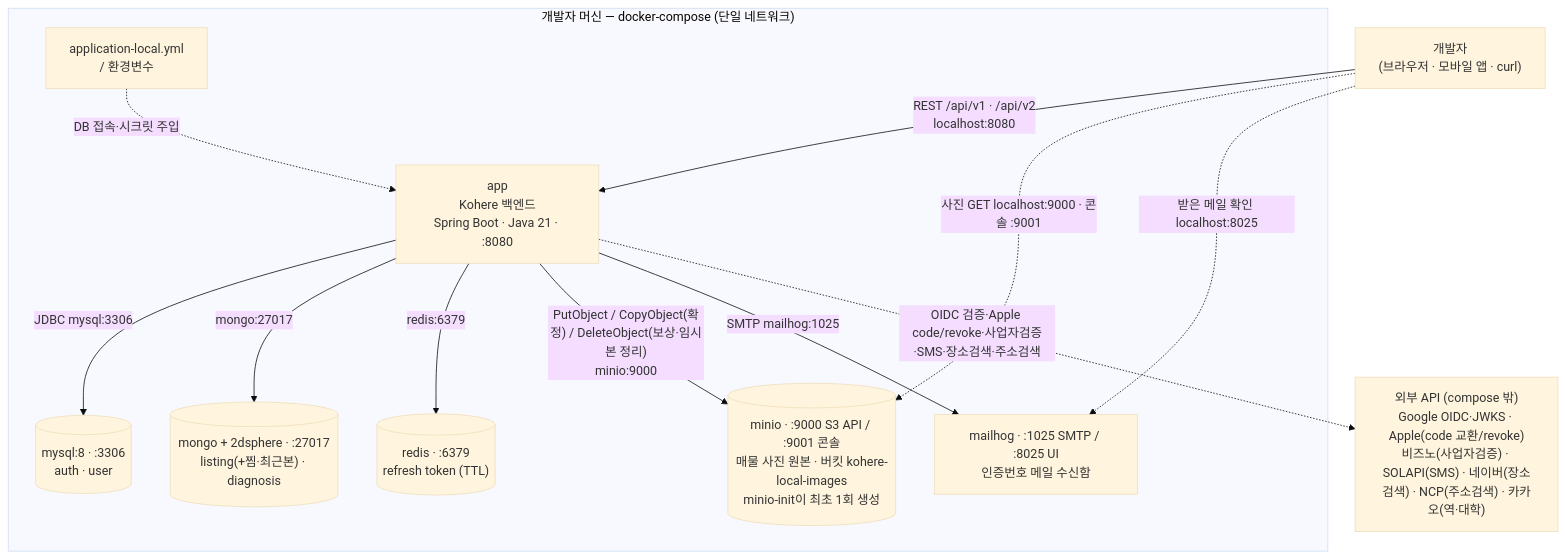
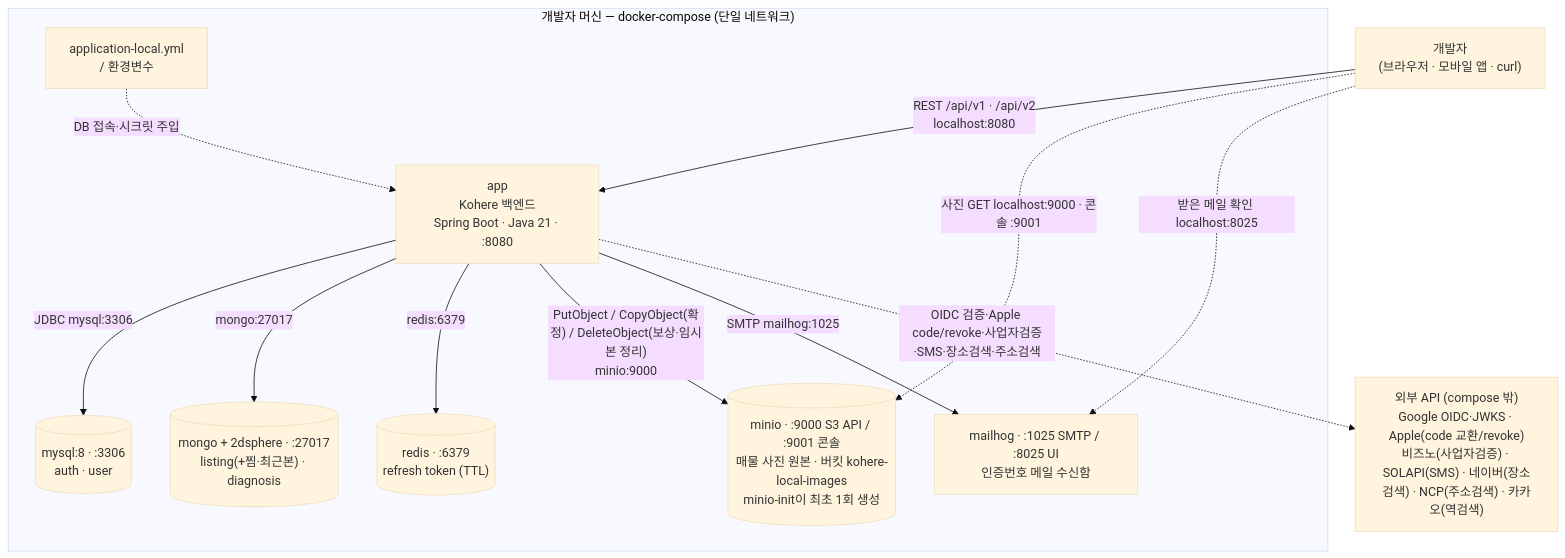
The third of 5 diagrams in docs/architecture/system-overview.md (jameskim9509/Kohere-backend), drawn with Mermaid (base theme) before and after one commit. The commit also changed other lines of this file and 24 other files, not shown here.

````diff
--- a/docs/architecture/system-overview.md
+++ b/docs/architecture/system-overview.md
@@ -157,27 +157,27 @@
 ```mermaid
 flowchart TB
     DEV["개발자<br/>(브라우저 · 모바일 앱 · curl)"]
 
     subgraph Host["개발자 머신 — docker-compose (단일 네트워크)"]
       APP["app<br/>Kohere 백엔드<br/>Spring Boot · Java 21 · :8080"]
       CFG["application-local.yml<br/>/ 환경변수"]
       MYSQL[("mysql:8 · :3306<br/>auth · user")]
       MONGO[("mongo + 2dsphere · :27017<br/>listing(+찜·최근본) · diagnosis")]
       REDIS[("redis · :6379<br/>refresh token (TTL)")]
       MINIO[("minio · :9000 S3 API / :9001 콘솔<br/>매물 사진 원본 · 버킷 kohere-local-images<br/>minio-init이 최초 1회 생성")]
       MAILHOG["mailhog · :1025 SMTP / :8025 UI<br/>인증번호 메일 수신함"]
     end
 
-    EXT["외부 API (compose 밖)<br/>Google OIDC·JWKS · Apple(code 교환/revoke)<br/>비즈노(사업자검증) · SOLAPI(SMS) · 네이버(장소검색) · NCP(주소검색) · 카카오(역·대학)"]
+    EXT["외부 API (compose 밖)<br/>Google OIDC·JWKS · Apple(code 교환/revoke)<br/>비즈노(사업자검증) · SOLAPI(SMS) · 네이버(장소검색) · NCP(주소검색) · 카카오(역검색)"]
 
     DEV -- "REST /api/v1 · /api/v2<br/>localhost:8080" --> APP
     CFG -. "DB 접속·시크릿 주입" .-> APP
     APP -- "JDBC  mysql:3306" --> MYSQL
     APP -- "mongo:27017" --> MONGO
     APP -- "redis:6379" --> REDIS
     APP -- "PutObject / CopyObject(확정) / DeleteObject(보상·임시본 정리)<br/>minio:9000" --> MINIO
     APP -- "SMTP  mailhog:1025" --> MAILHOG
     DEV -. "사진 GET localhost:9000 · 콘솔 :9001" .-> MINIO
     DEV -. "받은 메일 확인 localhost:8025" .-> MAILHOG
     APP -. "OIDC 검증·Apple code/revoke·사업자검증·SMS·장소검색·주소검색" .-> EXT
 ```
````
